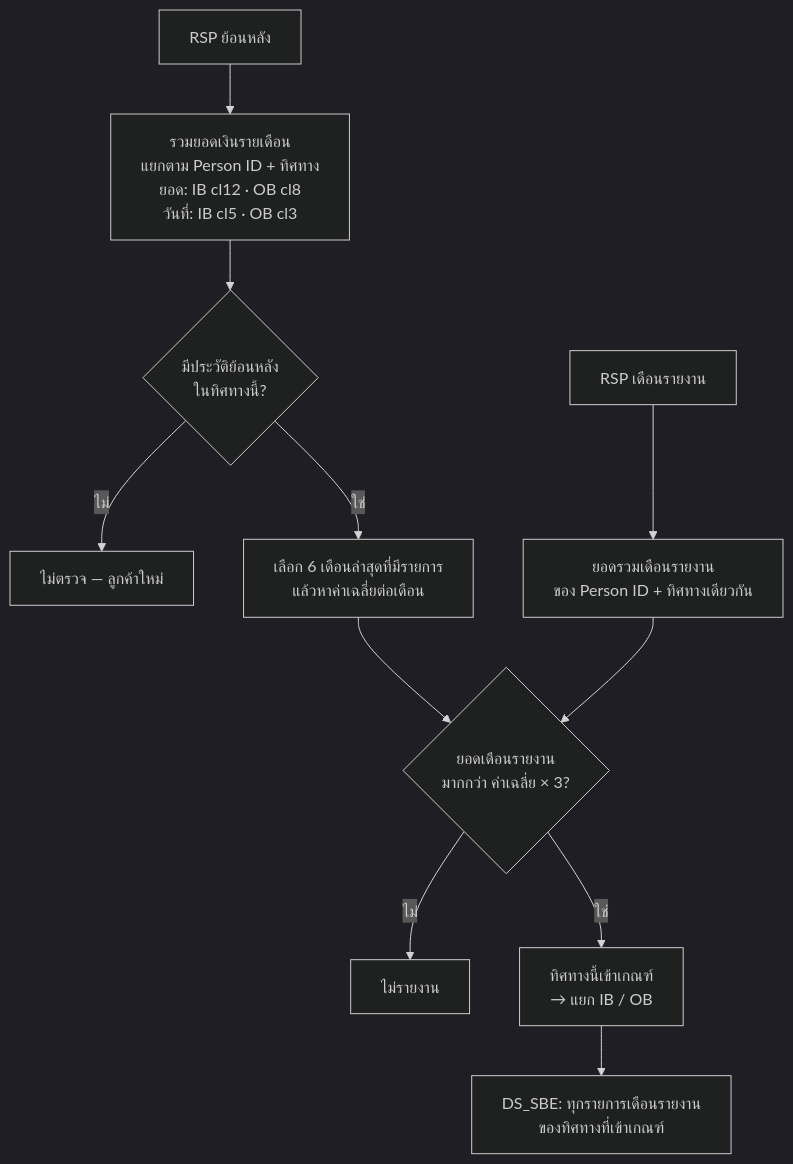
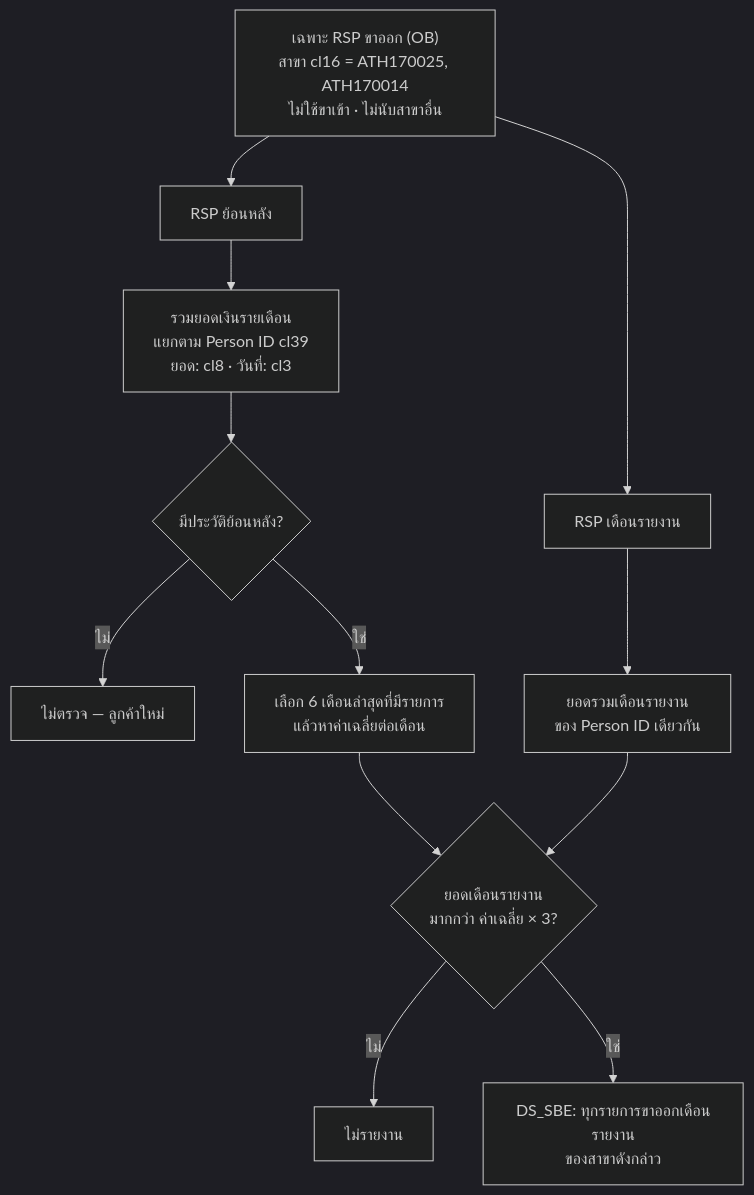
The fourth of 12 diagrams in .claude/usermanuals/rule-flowcharts-th.md (ArtSukasem/western-union-bot-report-2026), drawn with Mermaid (dark theme) before and after one commit. The commit also changed 11 other files, not shown here.

````diff
--- a/.claude/usermanuals/rule-flowcharts-th.md
+++ b/.claude/usermanuals/rule-flowcharts-th.md
@@ -70,13 +70,14 @@
 ```mermaid
 flowchart TD
-    A["RSP ย้อนหลัง"] --> B["รวมยอดเงินรายเดือน<br/>แยกตาม Person ID + ทิศทาง<br/>ยอด: IB cl12 · OB cl8<br/>วันที่: IB cl5 · OB cl3"]
-    B --> C{"มีประวัติย้อนหลัง<br/>ในทิศทางนี้?"}
+    S["เฉพาะ RSP ขาออก (OB)<br/>สาขา cl16 = ATH170025, ATH170014<br/>ไม่ใช้ขาเข้า · ไม่นับสาขาอื่น"] --> A["RSP ย้อนหลัง"]
+    S --> E["RSP เดือนรายงาน"]
+    A --> B["รวมยอดเงินรายเดือน<br/>แยกตาม Person ID cl39<br/>ยอด: cl8 · วันที่: cl3"]
+    B --> C{"มีประวัติย้อนหลัง?"}
     C -- ไม่ --> NO["ไม่ตรวจ — ลูกค้าใหม่"]
     C -- ใช่ --> D["เลือก 6 เดือนล่าสุดที่มีรายการ<br/>แล้วหาค่าเฉลี่ยต่อเดือน"]
-    E["RSP เดือนรายงาน"] --> F["ยอดรวมเดือนรายงาน<br/>ของ Person ID + ทิศทางเดียวกัน"]
+    E --> F["ยอดรวมเดือนรายงาน<br/>ของ Person ID เดียวกัน"]
     D --> G{"ยอดเดือนรายงาน<br/>มากกว่า ค่าเฉลี่ย × 3?"}
     F --> G
     G -- ไม่ --> NO2["ไม่รายงาน"]
-    G -- ใช่ --> H["ทิศทางนี้เข้าเกณฑ์<br/>→ แยก IB / OB"]
-    H --> R["DS_SBE: ทุกรายการเดือนรายงาน<br/>ของทิศทางที่เข้าเกณฑ์"]
+    G -- ใช่ --> R["DS_SBE: ทุกรายการขาออกเดือนรายงาน<br/>ของสาขาดังกล่าว"]
 ```
````
